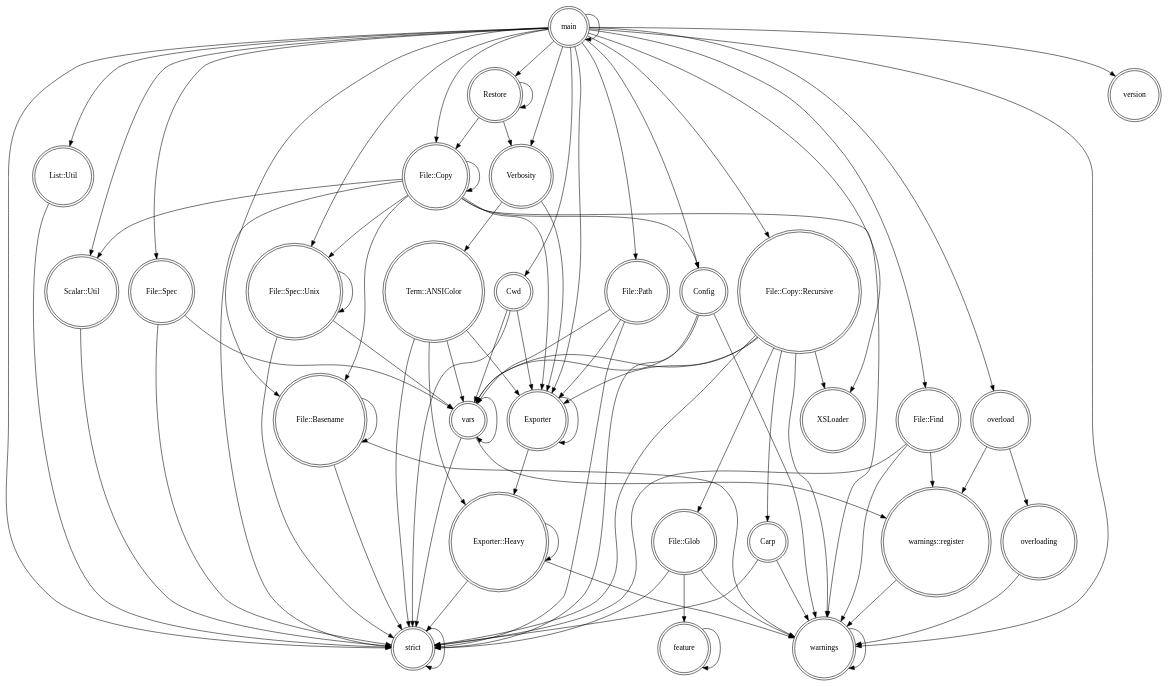
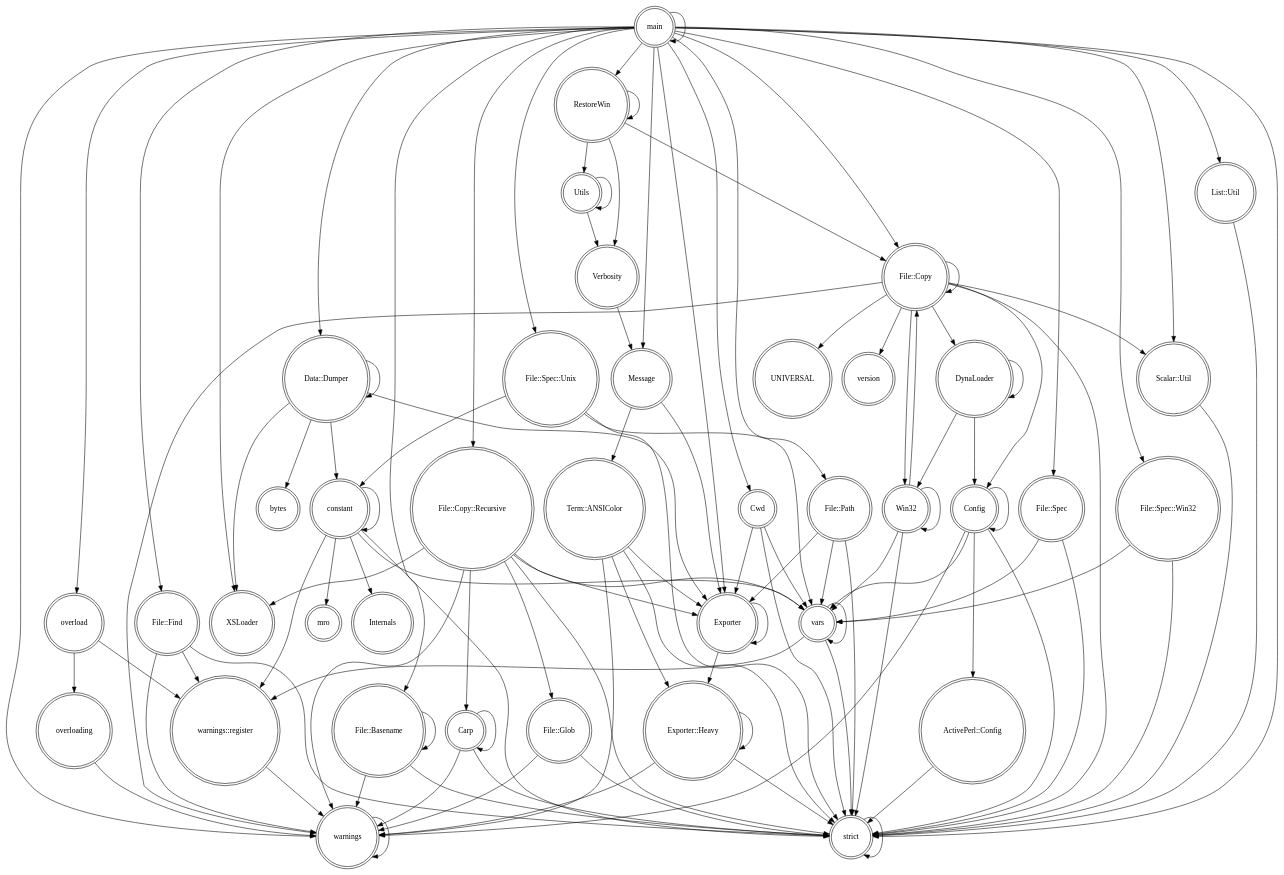
The diagram in Profiling Ergebnisse/Restore_P File/packages-callgraph.dot (VPatrick/PerlArchiver), drawn with Graphviz before and after one commit. The commit also changed 217 other files, not shown here.

```diff
--- a/Profiling Ergebnisse/Restore_P File/packages-callgraph.dot
+++ b/Profiling Ergebnisse/Restore_P File/packages-callgraph.dot
@@ -1,90 +1,117 @@
 digraph {
 graph [overlap=false]
 node [shape=doublecircle];
+"overloading" -> "warnings";
+"Utils" -> "Utils";
+"Config" -> "warnings";
+"File::Spec" -> "vars";
+"main" -> "File::Basename";
+"main" -> "Data::Dumper";
+"main" -> "Exporter";
+"File::Copy" -> "Win32";
+"RestoreWin" -> "RestoreWin";
+"File::Copy::Recursive" -> "File::Glob";
+"constant" -> "Internals";
+"Data::Dumper" -> "constant";
+"main" -> "overload";
+"File::Spec::Win32" -> "vars";
+"RestoreWin" -> "File::Copy";
+"File::Glob" -> "warnings";
+"Term::ANSIColor" -> "strict";
+"strict" -> "strict";
+"Data::Dumper" -> "Data::Dumper";
+"Exporter::Heavy" -> "Exporter::Heavy";
+"File::Copy" -> "warnings";
+"File::Copy::Recursive" -> "XSLoader";
+"DynaLoader" -> "DynaLoader";
+"constant" -> "vars";
+"vars" -> "strict";
+"Exporter::Heavy" -> "strict";
+"Config" -> "vars";
+"DynaLoader" -> "Win32";
+"Win32" -> "File::Copy";
+"File::Glob" -> "strict";
+"File::Copy" -> "DynaLoader";
+"warnings" -> "warnings";
+"File::Spec::Unix" -> "strict";
+"Utils" -> "Verbosity";
 "main" -> "File::Spec::Unix";
+"Data::Dumper" -> "bytes";
+"File::Copy" -> "strict";
+"DynaLoader" -> "Config";
+"File::Basename" -> "strict";
+"File::Spec::Win32" -> "strict";
+"Carp" -> "warnings";
+"File::Path" -> "Exporter";
+"Term::ANSIColor" -> "Exporter";
+"Win32" -> "vars";
+"Term::ANSIColor" -> "warnings";
+"main" -> "XSLoader";
+"File::Copy::Recursive" -> "vars";
+"Config" -> "Config";
+"Carp" -> "strict";
+"main" -> "Cwd";
+"constant" -> "mro";
+"Config" -> "ActivePerl::Config";
+"File::Spec::Unix" -> "constant";
+"File::Copy::Recursive" -> "Carp";
+"Win32" -> "Win32";
+"Cwd" -> "Exporter";
+"constant" -> "strict";
+"Message" -> "Term::ANSIColor";
+"Data::Dumper" -> "Exporter";
+"warnings::register" -> "warnings";
+"main" -> "warnings";
+"main" -> "strict";
+"File::Find" -> "warnings";
+"RestoreWin" -> "Verbosity";
+"main" -> "List::Util";
+"File::Find" -> "warnings::register";
+"File::Copy" -> "Scalar::Util";
+"File::Copy" -> "File::Copy";
+"main" -> "Message";
+"Message" -> "Exporter";
+"main" -> "File::Find";
+"overload" -> "overloading";
+"File::Basename" -> "File::Basename";
+"vars" -> "vars";
+"File::Copy" -> "UNIVERSAL";
+"main" -> "File::Copy::Recursive";
+"File::Spec::Unix" -> "vars";
+"constant" -> "warnings::register";
+"File::Copy::Recursive" -> "Exporter";
+"File::Copy" -> "Config";
+"main" -> "Scalar::Util";
+"Term::ANSIColor" -> "Exporter::Heavy";
+"File::Copy" -> "version";
+"main" -> "File::Path";
+"File::Copy::Recursive" -> "warnings";
+"constant" -> "constant";
+"main" -> "File::Copy";
+"File::Find" -> "strict";
+"main" -> "RestoreWin";
+"Verbosity" -> "Message";
 "Cwd" -> "strict";
-"warnings" -> "warnings";
-"File::Spec::Unix" -> "File::Spec::Unix";
-"Verbosity" -> "Term::ANSIColor";
-"File::Glob" -> "feature";
-"File::Copy" -> "File::Copy";
-"File::Copy" -> "File::Spec::Unix";
+"File::Basename" -> "warnings";
+"RestoreWin" -> "Utils";
+"ActivePerl::Config" -> "strict";
+"main" -> "File::Spec::Win32";
+"Config" -> "strict";
+"File::Path" -> "vars";
+"main" -> "main";
+"Data::Dumper" -> "XSLoader";
 "Exporter" -> "Exporter";
-"Restore" -> "File::Copy";
+"main" -> "File::Spec";
+"File::Spec" -> "strict";
+"Carp" -> "Carp";
+"Exporter" -> "Exporter::Heavy";
+"overload" -> "warnings::register";
+"Win32" -> "strict";
+"List::Util" -> "strict";
+"Scalar::Util" -> "strict";
+"File::Path" -> "strict";
 "vars" -> "warnings::register";
-"main" -> "main";
-"File::Spec::Unix" -> "vars";
-"Exporter::Heavy" -> "strict";
-"File::Spec::Unix" -> "strict";
-"File::Find" -> "warnings::register";
-"Verbosity" -> "Exporter";
-"File::Path" -> "Exporter";
-"Term::ANSIColor" -> "strict";
-"main" -> "overload";
-"main" -> "File::Find";
-"main" -> "File::Basename";
-"File::Copy::Recursive" -> "vars";
+"Cwd" -> "vars";
 "File::Copy::Recursive" -> "strict";
-"main" -> "File::Path";
-"File::Glob" -> "warnings";
-"File::Copy::Recursive" -> "XSLoader";
-"overload" -> "warnings::register";
-"File::Copy" -> "strict";
-"warnings::register" -> "warnings";
-"File::Copy" -> "Config";
-"Config" -> "vars";
 "Exporter::Heavy" -> "warnings";
-"Term::ANSIColor" -> "Exporter::Heavy";
-"File::Find" -> "warnings";
-"Term::ANSIColor" -> "vars";
-"main" -> "Restore";
-"List::Util" -> "strict";
-"File::Basename" -> "File::Basename";
-"File::Glob" -> "strict";
-"main" -> "List::Util";
-"File::Path" -> "strict";
-"main" -> "Config";
-"main" -> "Scalar::Util";
-"Carp" -> "strict";
-"File::Copy::Recursive" -> "Exporter";
-"Scalar::Util" -> "strict";
-"Cwd" -> "Exporter";
-"main" -> "File::Copy::Recursive";
-"Cwd" -> "vars";
-"File::Basename" -> "warnings";
-"main" -> "warnings";
-"File::Copy::Recursive" -> "warnings";
-"File::Spec" -> "vars";
-"File::Copy" -> "warnings";
-"File::Path" -> "vars";
-"Config" -> "strict";
-"File::Copy::Recursive" -> "Carp";
-"main" -> "Cwd";
-"main" -> "File::Spec";
-"main" -> "File::Copy";
-"feature" -> "feature";
-"Restore" -> "Restore";
-"Config" -> "warnings";
-"main" -> "XSLoader";
-"Term::ANSIColor" -> "Exporter";
-"File::Copy" -> "File::Basename";
-"File::Copy" -> "Scalar::Util";
-"File::Copy::Recursive" -> "File::Glob";
-"main" -> "version";
-"File::Basename" -> "strict";
-"main" -> "Verbosity";
-"main" -> "strict";
-"overload" -> "overloading";
-"File::Copy" -> "Exporter";
-"vars" -> "strict";
-"Carp" -> "warnings";
-"File::Spec" -> "strict";
-"strict" -> "strict";
-"Exporter::Heavy" -> "Exporter::Heavy";
-"vars" -> "vars";
-"Exporter" -> "Exporter::Heavy";
-"overloading" -> "warnings";
-"Restore" -> "Verbosity";
-"main" -> "Exporter";
-"File::Find" -> "strict";
 }
```
